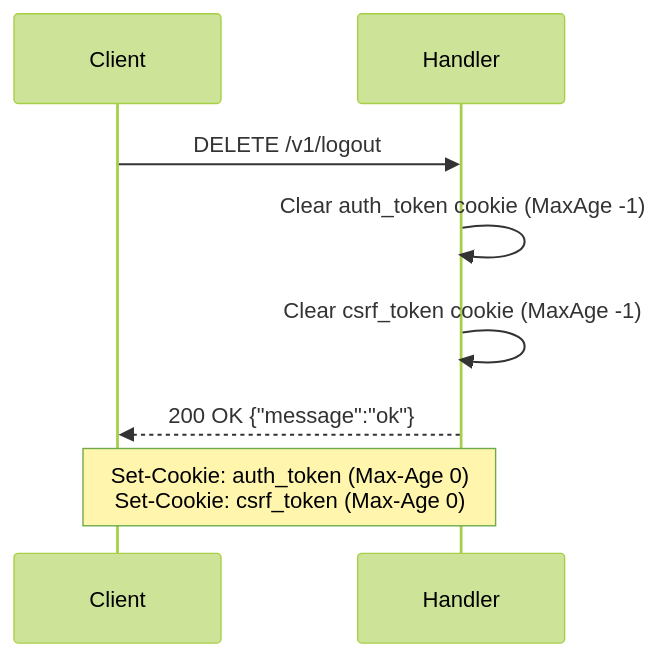
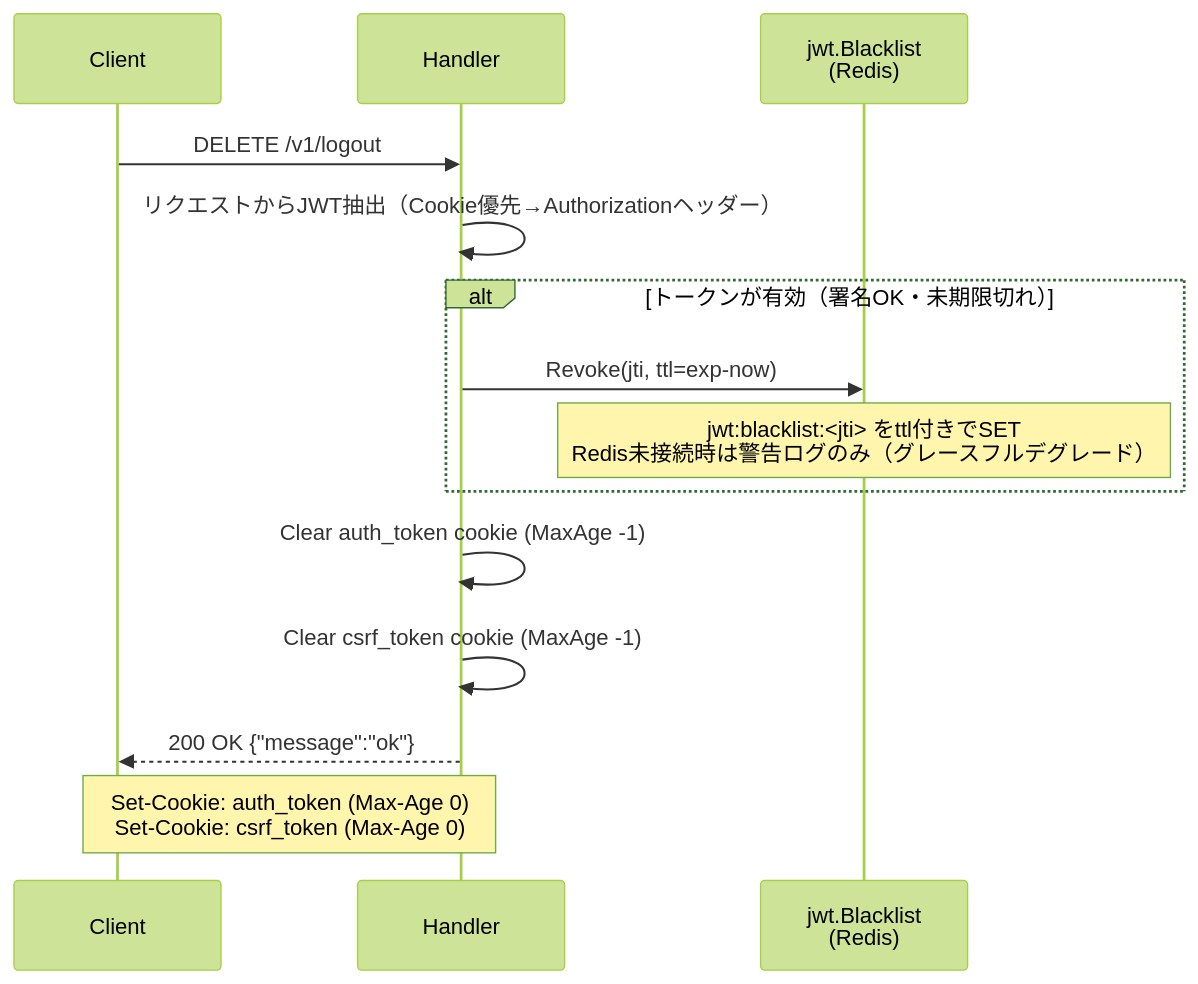
The third of 6 diagrams in docs/features/auth.md (UCHIDAnobuhiro/stock-backend), drawn with Mermaid (forest theme) before and after one commit. The commit also changed other lines of this file, not shown here.

````diff
--- a/docs/features/auth.md
+++ b/docs/features/auth.md
@@ -127,11 +127,17 @@
 ```mermaid
 sequenceDiagram
     participant Client
     participant Handler as Handler
+    participant Blacklist as jwt.Blacklist<br/>(Redis)
 
     Client->>Handler: DELETE /v1/logout
+    Handler->>Handler: リクエストからJWT抽出（Cookie優先→Authorizationヘッダー）
+    alt トークンが有効（署名OK・未期限切れ）
+        Handler->>Blacklist: Revoke(jti, ttl=exp-now)
+        Note over Blacklist: jwt:blacklist:<jti> をttl付きでSET<br/>Redis未接続時は警告ログのみ（グレースフルデグレード）
+    end
     Handler->>Handler: Clear auth_token cookie (MaxAge -1)
     Handler->>Handler: Clear csrf_token cookie (MaxAge -1)
     Handler-->>Client: 200 OK {"message":"ok"}
     Note over Handler,Client: Set-Cookie: auth_token (Max-Age 0)<br/>Set-Cookie: csrf_token (Max-Age 0)
 ```
````
